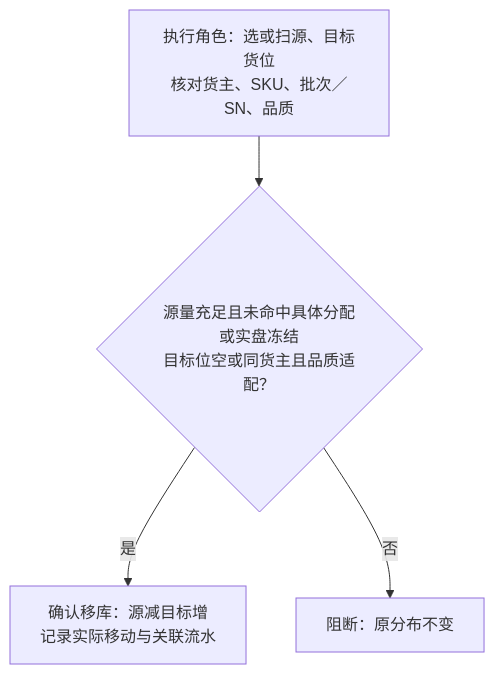
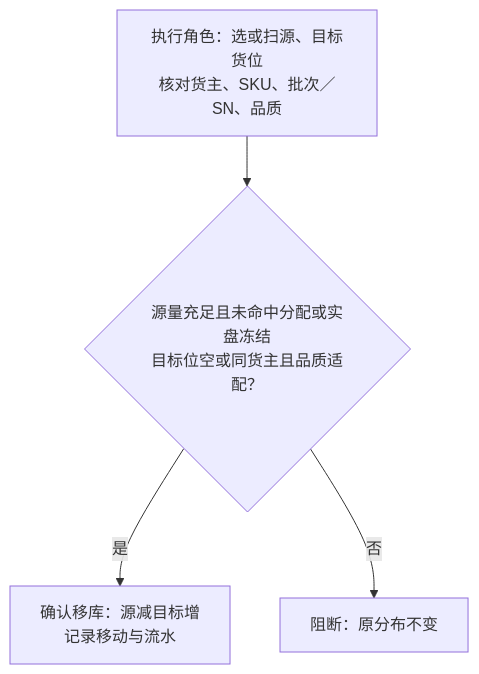
One commit to TopVitamin/QS-WMS-Project changed the fifth of 6 diagrams in 05-应用设计方案/20261002-MVP版本/系统架构设计/01-系统流程与单据交互.md. Above: the diagram before and after it, drawn with Mermaid. The commit also changed other lines of this file and 82 other files, not shown here.

````diff
--- a/05-应用设计方案/20261002-MVP版本/系统架构设计/01-系统流程与单据交互.md
+++ b/05-应用设计方案/20261002-MVP版本/系统架构设计/01-系统流程与单据交互.md
@@ -192,6 +230,6 @@
 ```mermaid
 flowchart TB
-    A[执行角色：选或扫源、目标货位<br/>核对货主、SKU、批次／SN、品质] --> B{源量充足且未命中具体分配或实盘冻结<br/>目标位空或同货主且品质适配？}
-    B -->|是| C[确认移库：源减目标增<br/>记录实际移动与关联流水]
+    A[执行角色：选或扫源、目标货位<br/>核对货主、SKU、批次／SN、品质] --> B{源量充足且未命中分配或实盘冻结<br/>目标位空或同货主且品质适配？}
+    B -->|是| C[确认移库：源减目标增<br/>记录移动与流水]
     B -->|否| X[阻断：原分布不变]
 ```
````
